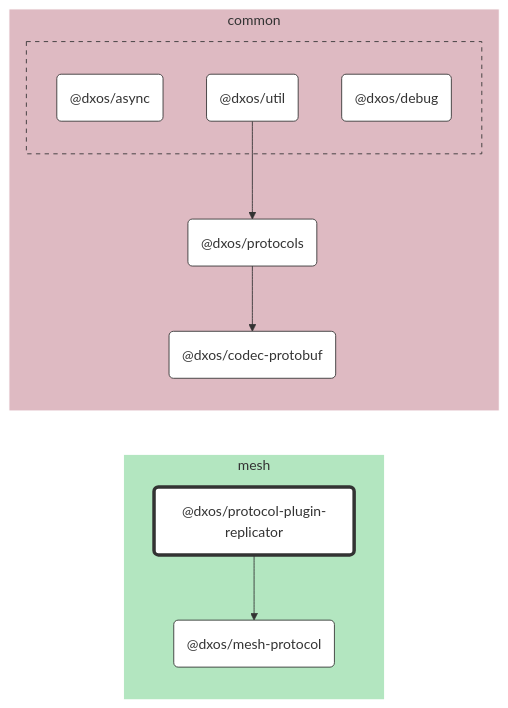
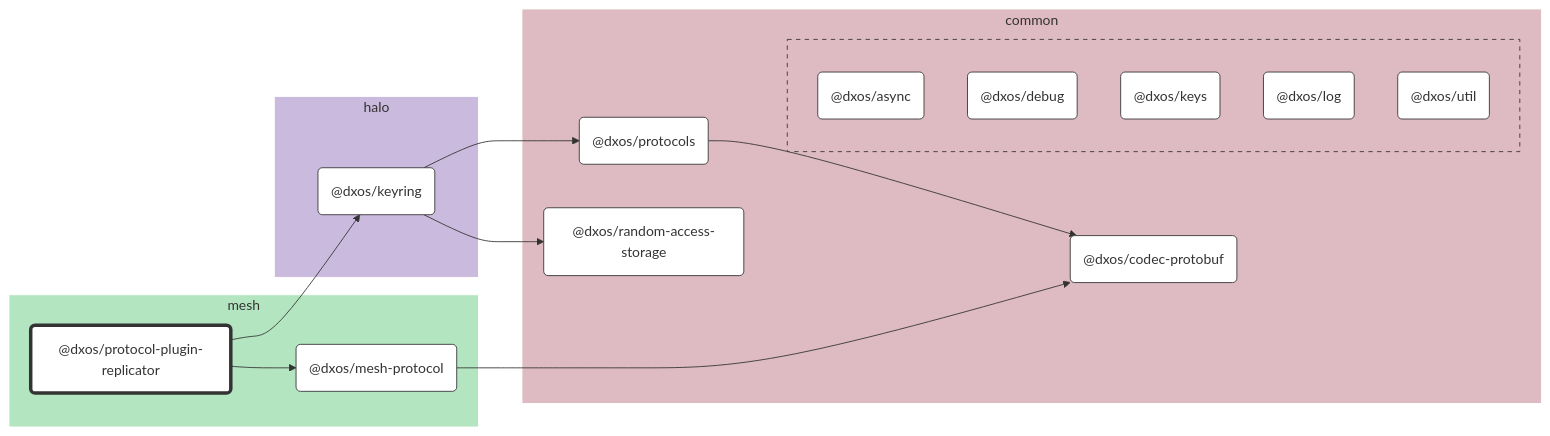
One commit to dxos/dxos changed the diagram in packages/mesh/protocol-plugin-replicator/docs/README.md. Above: the diagram before and after it, drawn with Mermaid. The commit also changed other lines of this file and 52 other files, not shown here.

````diff
--- a/packages/mesh/protocol-plugin-replicator/docs/README.md
+++ b/packages/mesh/protocol-plugin-replicator/docs/README.md
@@ -7,43 +7,58 @@
 ```mermaid
 %%{ init: {'flowchart':{'curve':'basis'}} }%%
 
 flowchart LR
 
 %% Classes
 classDef def fill:#fff,stroke:#333,stroke-width:1px
 classDef root fill:#fff,stroke:#333,stroke-width:4px
 
 %% Nodes
 
 subgraph mesh [mesh]
   style mesh fill:#b3e6c0,stroke:#fff
   dxos/protocol-plugin-replicator("@dxos/protocol-plugin-replicator"):::root
   click dxos/protocol-plugin-replicator "dxos/dxos/tree/main/packages/mesh/protocol-plugin-replicator/docs"
   dxos/mesh-protocol("@dxos/mesh-protocol"):::def
   click dxos/mesh-protocol "dxos/dxos/tree/main/packages/mesh/mesh-protocol/docs"
 end
 
 subgraph common [common]
   style common fill:#debac2,stroke:#fff
   dxos/codec-protobuf("@dxos/codec-protobuf"):::def
   click dxos/codec-protobuf "dxos/dxos/tree/main/packages/common/codec-protobuf/docs"
   dxos/protocols("@dxos/protocols"):::def
   click dxos/protocols "dxos/dxos/tree/main/packages/common/protocols/docs"
+  dxos/random-access-storage("@dxos/random-access-storage"):::def
+  click dxos/random-access-storage "dxos/dxos/tree/main/packages/common/random-access-storage/docs"
 
   subgraph common-excluded [ ]
     style common-excluded fill:#debac2,stroke:#333,stroke-dasharray:5 5
     dxos/async("@dxos/async"):::def
     click dxos/async "dxos/dxos/tree/main/packages/common/async/docs"
     dxos/debug("@dxos/debug"):::def
     click dxos/debug "dxos/dxos/tree/main/packages/common/debug/docs"
+    dxos/keys("@dxos/keys"):::def
+    click dxos/keys "dxos/dxos/tree/main/packages/common/keys/docs"
+    dxos/log("@dxos/log"):::def
+    click dxos/log "dxos/dxos/tree/main/packages/common/log/docs"
     dxos/util("@dxos/util"):::def
     click dxos/util "dxos/dxos/tree/main/packages/common/util/docs"
   end
 end
 
+subgraph halo [halo]
+  style halo fill:#cabade,stroke:#fff
+  dxos/keyring("@dxos/keyring"):::def
+  click dxos/keyring "dxos/dxos/tree/main/packages/halo/keyring/docs"
+end
+
 %% Links
 linkStyle default stroke:#333,stroke-width:1px
+dxos/protocol-plugin-replicator --> dxos/keyring
+dxos/keyring --> dxos/protocols
+dxos/protocols --> dxos/codec-protobuf
+dxos/keyring --> dxos/random-access-storage
 dxos/protocol-plugin-replicator --> dxos/mesh-protocol
-dxos/util --> dxos/protocols
-dxos/protocols --> dxos/codec-protobuf
+dxos/mesh-protocol --> dxos/codec-protobuf
 ```
````
